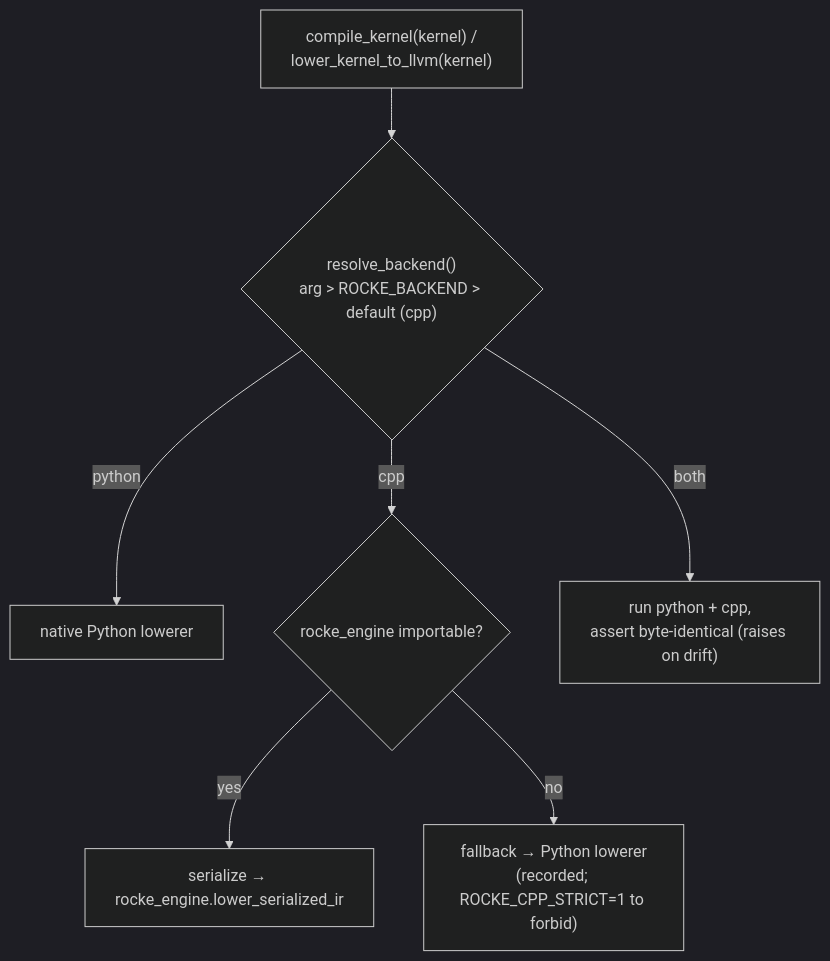
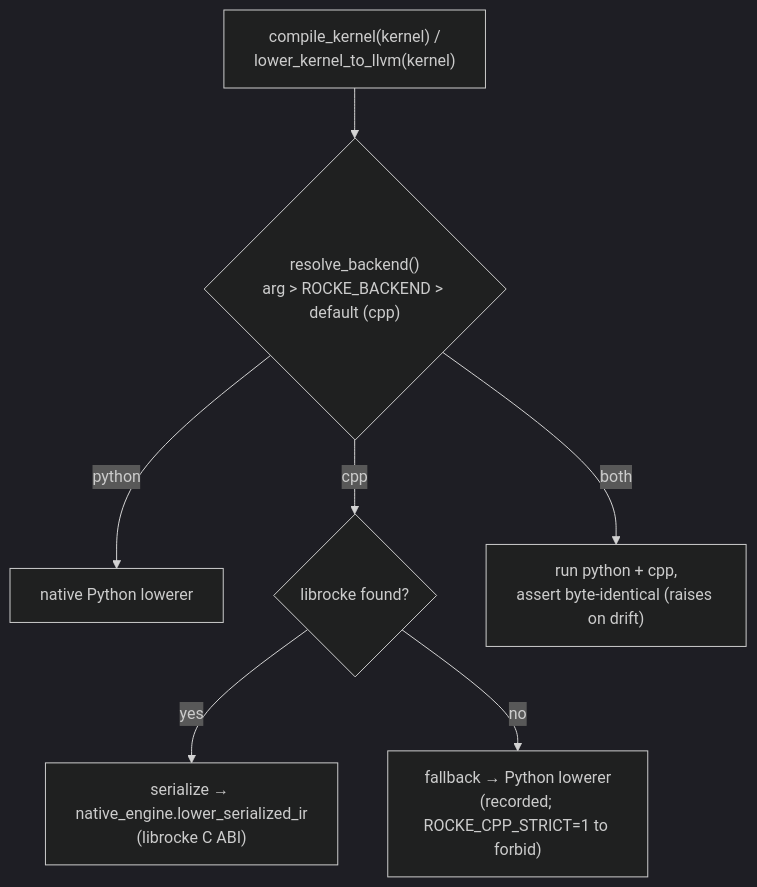
The second of 3 diagrams in dnn-providers/hip-kernel-provider/rocke/platform/dsl_docs/architecture/engines_and_switching.md (ROCm/rocm-libraries), drawn with Mermaid (dark theme) before and after one commit. The commit also changed other lines of this file and 81 other files, not shown here.

````diff
--- a/dnn-providers/hip-kernel-provider/rocke/platform/dsl_docs/architecture/engines_and_switching.md
+++ b/dnn-providers/hip-kernel-provider/rocke/platform/dsl_docs/architecture/engines_and_switching.md
@@ -48,9 +48,9 @@
 ```mermaid
 flowchart TD
   call["compile_kernel(kernel) /<br/>lower_kernel_to_llvm(kernel)"] --> rb{"resolve_backend()<br/>arg &gt; ROCKE_BACKEND &gt; default (cpp)"}
   rb -->|python| py["native Python lowerer"]
-  rb -->|cpp| chk{"rocke_engine importable?"}
-  chk -->|yes| cpp["serialize → rocke_engine.lower_serialized_ir"]
+  rb -->|cpp| chk{"librocke found?"}
+  chk -->|yes| cpp["serialize → native_engine.lower_serialized_ir<br/>(librocke C ABI)"]
   chk -->|no| fb["fallback → Python lowerer<br/>(recorded; ROCKE_CPP_STRICT=1 to forbid)"]
   rb -->|both| dual["run python + cpp,<br/>assert byte-identical (raises on drift)"]
 ```
````
